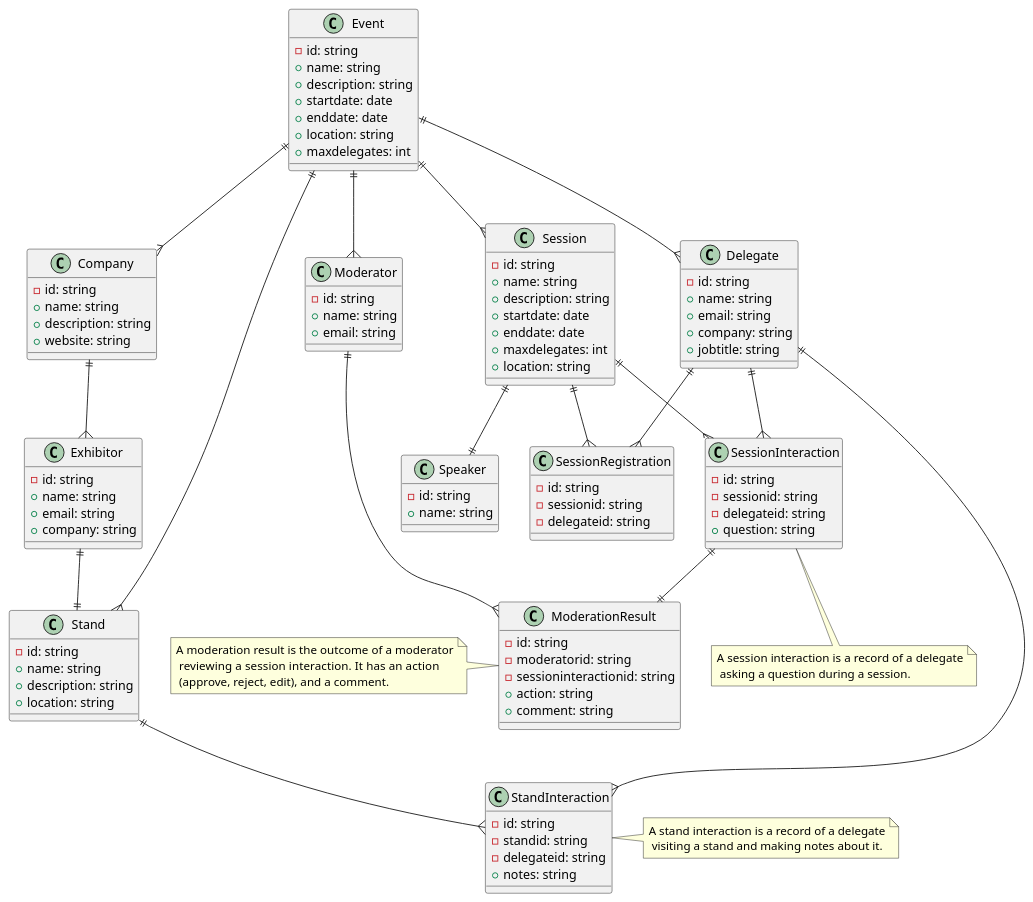
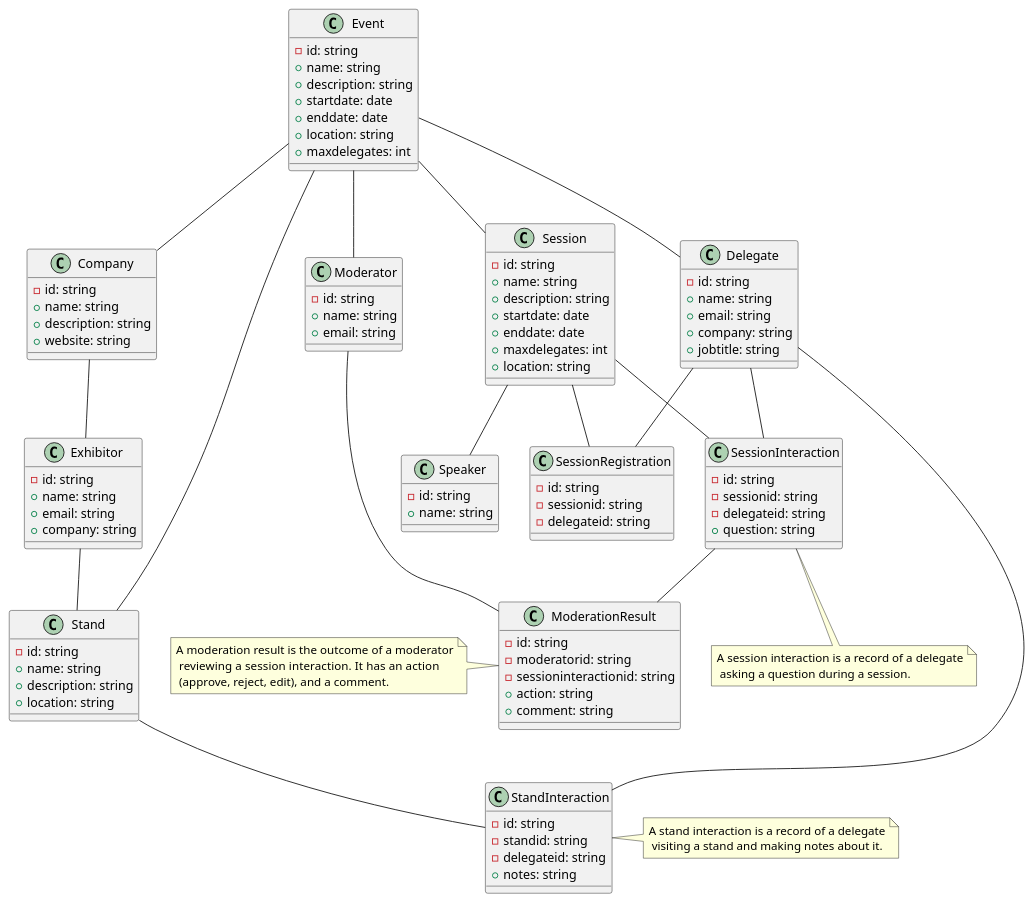
One commit to CSC-40084-Group-7/BMI2-UML changed the diagram in BookMeIn2.puml. Above: the diagram before and after it, drawn with PlantUML.

Commit message:
drop erd relationships

```diff
--- a/BookMeIn2.puml
+++ b/BookMeIn2.puml
@@ -1,136 +1,136 @@
 @startuml BookMeIn2
 
 /'
 Glossary
 
 Event: The event that is happening, e.g. App Development in a mobile world.
 Delegates: People attending the event, sometimes on behalf of a company.
 Exhibitor: A person attending the event on behalf of their company. Each Exhibitor works at one stand.
 Moderator: Works in the background during a session filtering the questions sent in by delegates, for the purpose of avoiding anything unsuitable being sent to the speaker, and amalgamating similar questions into one so as to avoid repeating the same question
 Session: A talk or presentation happening at the event. Several of these can happen at the same time at larger events and delegates would have to choose which ones they want to attend.  Sometimes these can require a pre-registration of interest to allow entry.
 Speaker: An individual presenting the session. These can be the same as exhibitors, or they may be completely independent.
 Stand: One per company at the event. These companies are ones that have paid to have a stand at the event.  Often these will be sponsors of the event looking to sell some sort of software or service to the delegates.   Multiple Exhibitors may work on one stand though.
 '/
 
 ' Entities
 
 class "Event" as event {
     - id: string
     + name: string
     + description: string
     + startdate: date
     + enddate: date
     + location: string
     + maxdelegates: int
 }
 
 class "Delegate" as delegate {
     - id: string
     + name: string
     + email: string
     + company: string
     + jobtitle: string
 }
 
 class "Exhibitor" as exhibitor {
     - id: string
     + name: string
     + email: string
     + company: string
 }
 
 class "Moderator" as moderator {
     - id: string
     + name: string
     + email: string
 }
 
 class "Session" as session {
     - id: string
     + name: string
     + description: string
     + startdate: date
     + enddate: date
     + maxdelegates: int
     + location: string
 }
 
 class "Speaker" as speaker {
     - id: string
     + name: string
 }
 
 class "Stand" as stand {
     - id: string
     + name: string
     + description: string
     + location: string
 }
 
 class "Company" as company {
     - id: string
     + name: string
     + description: string
     + website: string
 }
 
 class "SessionRegistration" as sessionregistration {
     - id: string
     - sessionid: string
     - delegateid: string
 }
 
 class "StandInteraction" as standinteraction {
     - id: string
     - standid: string
     - delegateid: string
     + notes: string
 }
 
 class "SessionInteraction" as sessioninteraction {
     - id: string
     - sessionid: string
     - delegateid: string
     + question: string
 }
 
 class "ModerationResult" as moderationresult {
     - id: string
     - moderatorid: string
     - sessioninteractionid: string
     + action: string
     + comment: string
 }
 
 ' Relationships
 
-event ||--{ delegate
-event ||--{ session
-event ||--{ stand
-event ||--{ moderator
-event ||--{ company
+event -- delegate
+event -- session
+event -- stand
+event -- moderator
+event -- company
 
-delegate ||--{ standinteraction
-delegate ||--{ sessioninteraction
-delegate ||--{ sessionregistration
+delegate -- standinteraction
+delegate -- sessioninteraction
+delegate -- sessionregistration
 
-exhibitor ||--|| stand
-company ||--{ exhibitor
+exhibitor -- stand
+company -- exhibitor
 
-session ||--|| speaker
-session ||--{ sessioninteraction
-session ||--{ sessionregistration
+session -- speaker
+session -- sessioninteraction
+session -- sessionregistration
 
-stand ||--{ standinteraction
+stand -- standinteraction
 
-moderator ||--{ moderationresult
+moderator -- moderationresult
 
-sessioninteraction ||--|| moderationresult
+sessioninteraction -- moderationresult
 
 ' Notes
 
 note left of moderationresult : A moderation result is the outcome of a moderator\n reviewing a session interaction.  It has an action\n (approve, reject, edit), and a comment.
 note right of standinteraction : A stand interaction is a record of a delegate\n visiting a stand and making notes about it.
 note bottom of sessioninteraction : A session interaction is a record of a delegate\n asking a question during a session.
 
 @enduml
```
